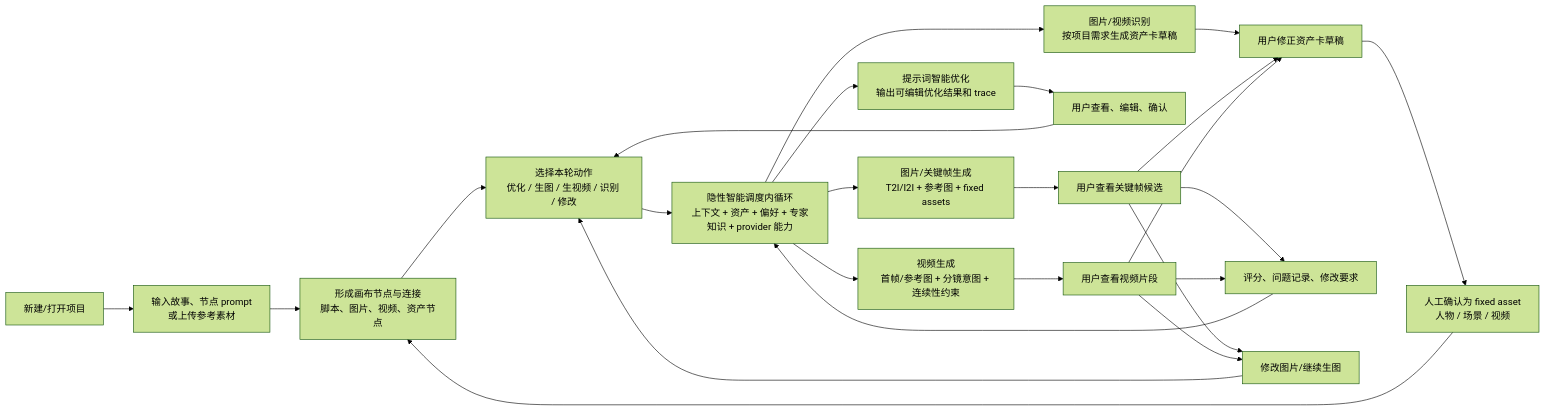
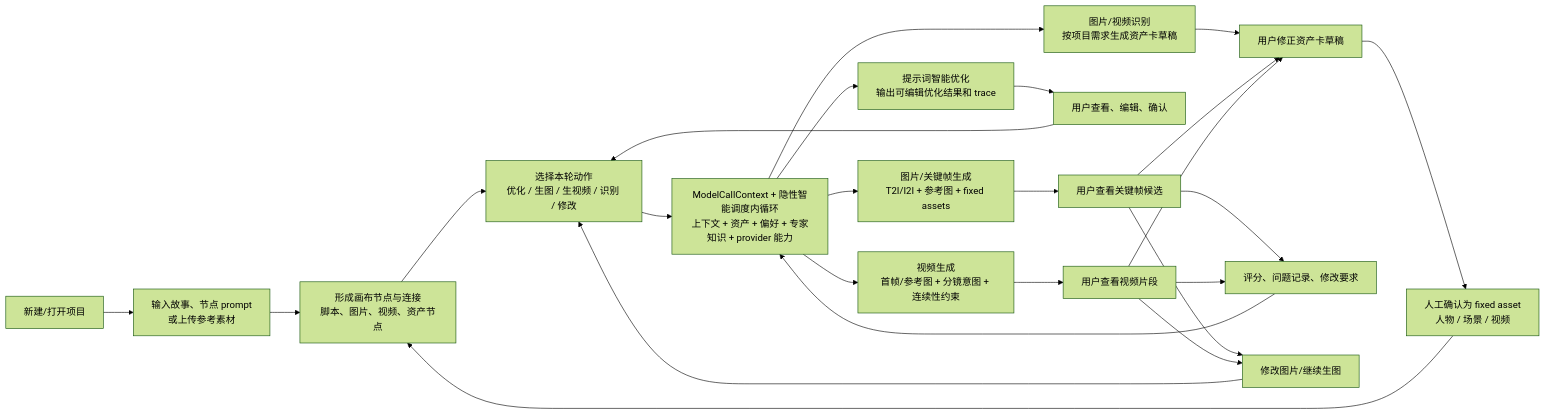
The second of 2 diagrams in docs/architecture/AFS_CORE_ALGORITHM_AND_OPERATION_MAP.zh-CN.md (es-dra/AgentFlowStudio), drawn with Mermaid (forest theme) before and after one commit. The commit also changed other lines of this file and 27 other files, not shown here.

First line of the commit message:
feat(runtime): add model call context contract

````diff
--- a/docs/architecture/AFS_CORE_ALGORITHM_AND_OPERATION_MAP.zh-CN.md
+++ b/docs/architecture/AFS_CORE_ALGORITHM_AND_OPERATION_MAP.zh-CN.md
@@ -95,32 +99,32 @@
 ```mermaid
 flowchart LR
   Start["新建/打开项目"] --> Input["输入故事、节点 prompt<br/>或上传参考素材"]
   Input --> Canvas["形成画布节点与连接<br/>脚本、图片、视频、资产节点"]
 
   Canvas --> Intent["选择本轮动作<br/>优化 / 生图 / 生视频 / 识别 / 修改"]
-  Intent --> HiddenLoop["隐性智能调度内循环<br/>上下文 + 资产 + 偏好 + 专家知识 + provider 能力"]
+  Intent --> HiddenLoop["ModelCallContext + 隐性智能调度内循环<br/>上下文 + 资产 + 偏好 + 专家知识 + provider 能力"]
 
   HiddenLoop --> PromptAction["提示词智能优化<br/>输出可编辑优化结果和 trace"]
   HiddenLoop --> ImageAction["图片/关键帧生成<br/>T2I/I2I + 参考图 + fixed assets"]
   HiddenLoop --> VideoAction["视频生成<br/>首帧/参考图 + 分镜意图 + 连续性约束"]
   HiddenLoop --> VisionAction["图片/视频识别<br/>按项目需求生成资产卡草稿"]
 
   PromptAction --> UserEdit["用户查看、编辑、确认"]
   ImageAction --> ImageReview["用户查看关键帧候选"]
   VideoAction --> VideoReview["用户查看视频片段"]
   VisionAction --> CardReview["用户修正资产卡草稿"]
 
   ImageReview --> CardReview
   VideoReview --> CardReview
   CardReview --> Fixed["人工确认为 fixed asset<br/>人物 / 场景 / 视频"]
   Fixed --> Canvas
 
   UserEdit --> Intent
   ImageReview --> Feedback["评分、问题记录、修改要求"]
   VideoReview --> Feedback
   Feedback --> HiddenLoop
 
   ImageReview --> Revise["修改图片/继续生图"]
   VideoReview --> Revise
   Revise --> Intent
 ```
````
